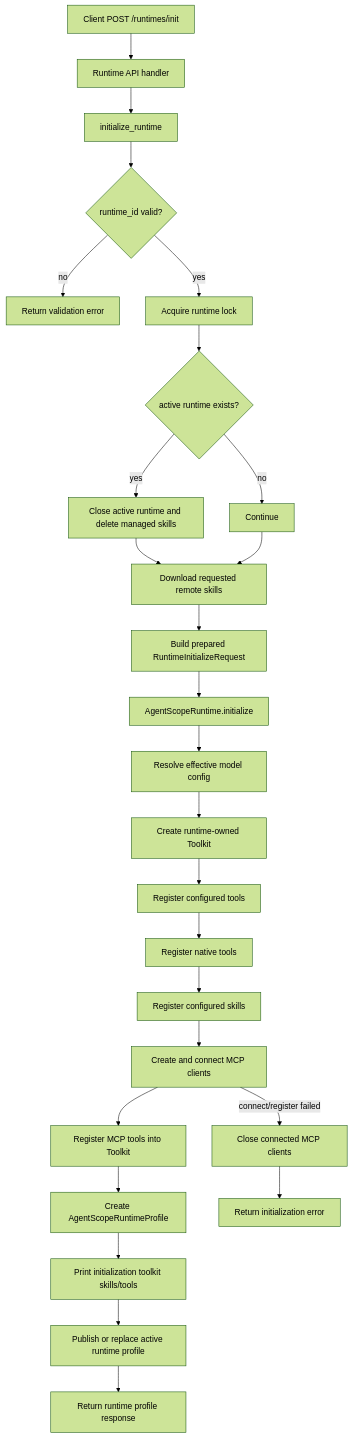
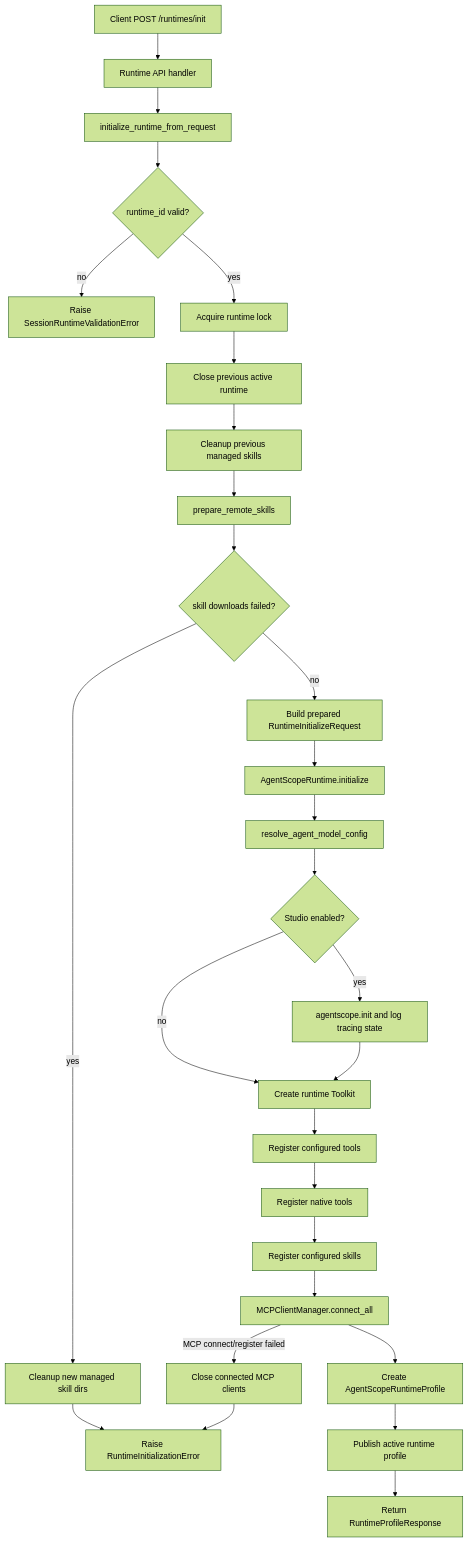
One commit to mooneclipsed/myagent changed the second of 4 diagrams in docs/architecture.md. Above: the diagram before and after it, drawn with Mermaid (forest theme). The commit also changed other lines of this file and 3 other files, not shown here.

Commit message:
docs: align runtime architecture

````diff
--- a/docs/architecture.md
+++ b/docs/architecture.md
@@ -87,30 +129,32 @@
 ```mermaid
 flowchart TD
     A[Client POST /runtimes/init] --> B[Runtime API handler]
-    B --> C[initialize_runtime]
+    B --> C[initialize_runtime_from_request]
     C --> D{runtime_id valid?}
-    D -- no --> E[Return validation error]
+    D -- no --> E[Raise SessionRuntimeValidationError]
     D -- yes --> F[Acquire runtime lock]
-    F --> G{active runtime exists?}
-    G -- yes --> H[Close active runtime and delete managed skills]
-    G -- no --> I[Continue]
-    H --> J[Download requested remote skills]
-    I --> J
-    J --> K[Build prepared RuntimeInitializeRequest]
+    F --> G[Close previous active runtime]
+    G --> H[Cleanup previous managed skills]
+    H --> I[prepare_remote_skills]
+    I --> J{skill downloads failed?}
+    J -- yes --> K[Cleanup new managed skill dirs]
+    K --> L[Raise RuntimeInitializationError]
+    J -- no --> M[Build prepared RuntimeInitializeRequest]
 
-    K --> O[AgentScopeRuntime.initialize]
-    O --> P[Resolve effective model config]
-    P --> Q[Create runtime-owned Toolkit]
-    Q --> R[Register configured tools]
-    R --> S[Register native tools]
-    S --> T[Register configured skills]
-    T --> U[Create and connect MCP clients]
-    U --> V[Register MCP tools into Toolkit]
+    M --> N[AgentScopeRuntime.initialize]
+    N --> O[resolve_agent_model_config]
+    O --> P{Studio enabled?}
+    P -- yes --> Q[agentscope.init and log tracing state]
+    P -- no --> R[Create runtime Toolkit]
+    Q --> R
+    R --> S[Register configured tools]
+    S --> T[Register native tools]
+    T --> U[Register configured skills]
+    U --> V[MCPClientManager.connect_all]
     V --> W[Create AgentScopeRuntimeProfile]
-    W --> X[Print initialization toolkit skills/tools]
-    X --> Y[Publish or replace active runtime profile]
-    Y --> Z[Return runtime profile response]
+    W --> X[Publish active runtime profile]
+    X --> Y[Return RuntimeProfileResponse]
 
-    U -- connect/register failed --> AA[Close connected MCP clients]
-    AA --> AB[Return initialization error]
+    V -- MCP connect/register failed --> Z[Close connected MCP clients]
+    Z --> L
 ```
````
